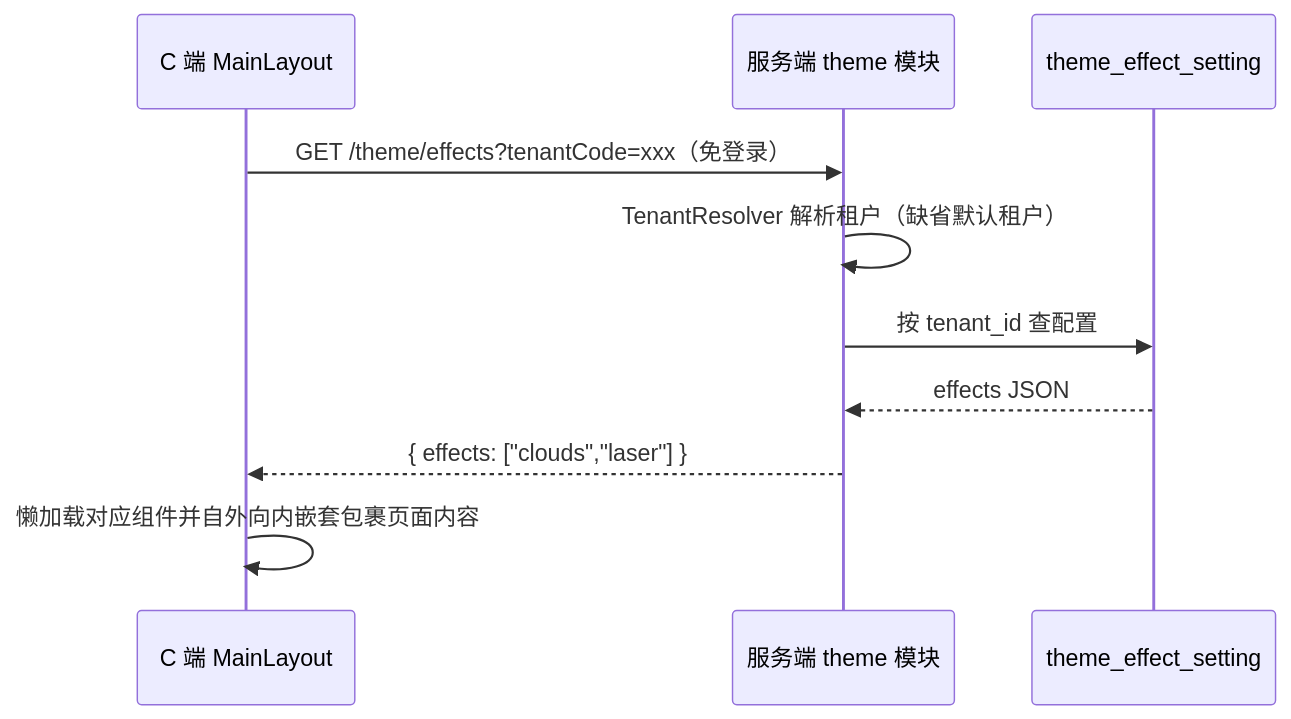
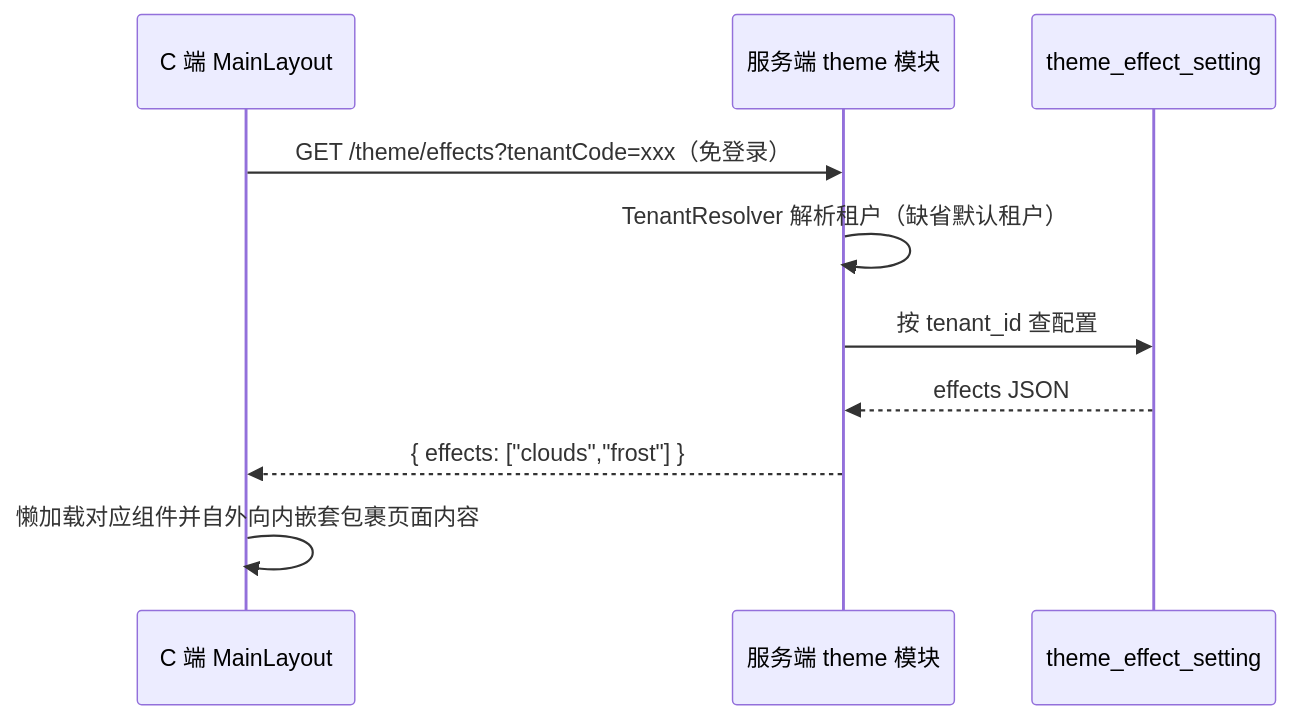
Before and after one commit to yiting001/E-sports-01: the second of 2 diagrams in docs/theme.md, drawn with Mermaid. The commit also changed other lines of this file and 21 other files, not shown here.

````diff
--- a/docs/theme.md
+++ b/docs/theme.md
@@ -55,12 +66,12 @@
 ```mermaid
 sequenceDiagram
   participant C as C 端 MainLayout
   participant S as 服务端 theme 模块
   participant DB as theme_effect_setting
   C->>S: GET /theme/effects?tenantCode=xxx（免登录）
   S->>S: TenantResolver 解析租户（缺省默认租户）
   S->>DB: 按 tenant_id 查配置
   DB-->>S: effects JSON
-  S-->>C: { effects: ["clouds","laser"] }
+  S-->>C: { effects: ["clouds","frost"] }
   C->>C: 懒加载对应组件并自外向内嵌套包裹页面内容
 ```
````
